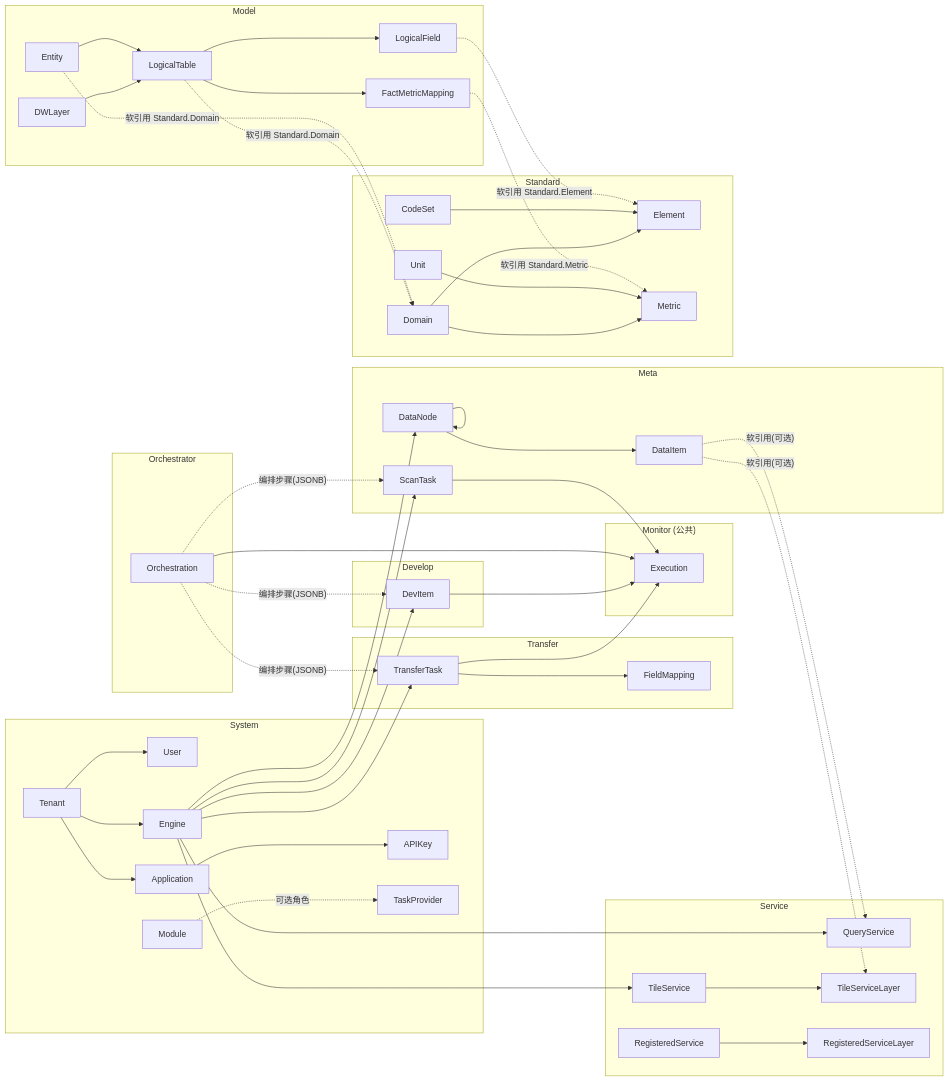
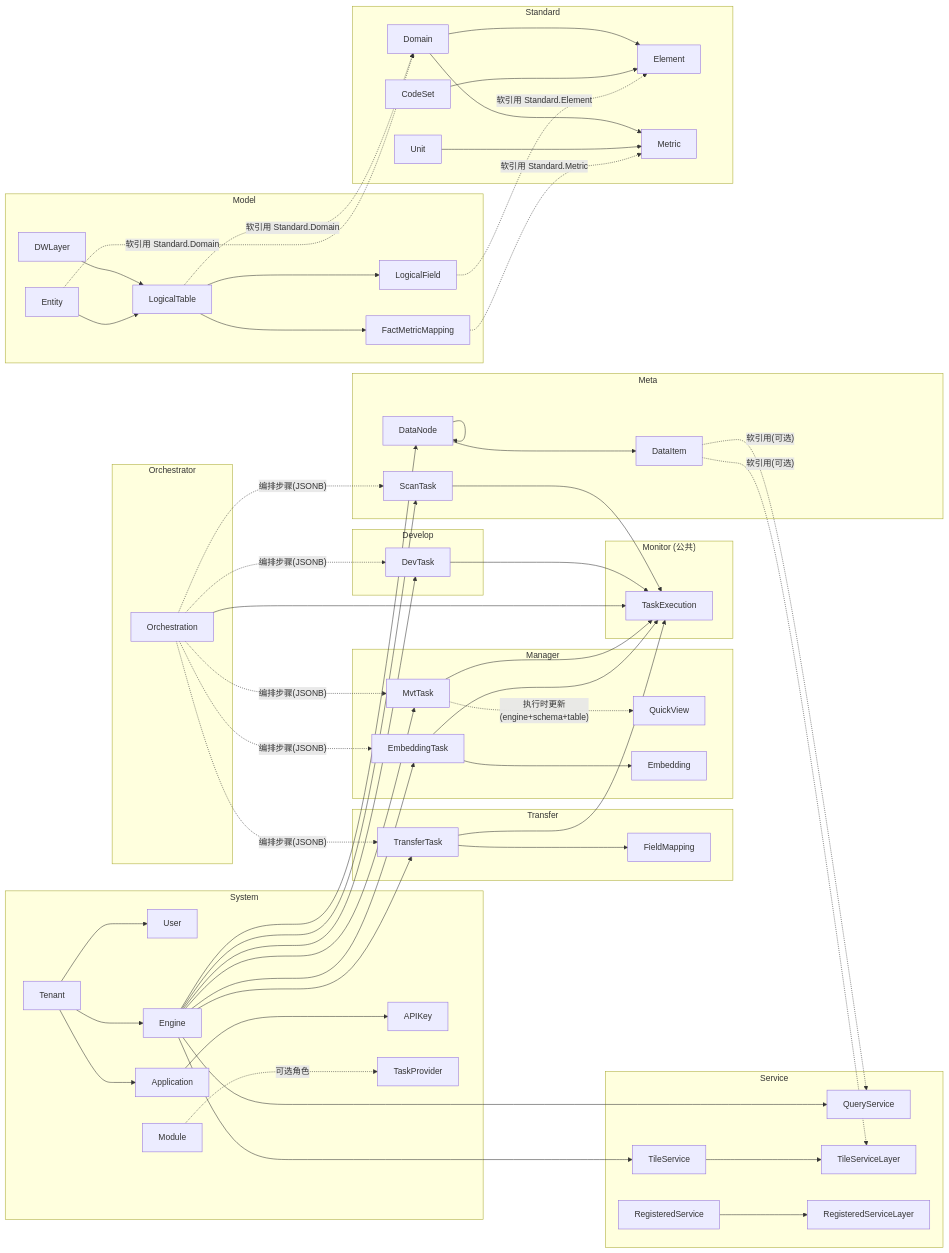
One commit to pampa0629/addp changed the eighth of 9 diagrams in docs/concepts/addp核心对象ER图（元模型）.md. Above: the diagram before and after it, drawn with Mermaid. The commit also changed other lines of this file and 94 other files, not shown here.

```diff
--- a/docs/concepts/addp核心对象ER图（元模型）.md
+++ b/docs/concepts/addp核心对象ER图（元模型）.md
@@ -926,15 +1141,22 @@
     end
 
     subgraph DEV["Develop"]
-        DevItem
+        DevTask
     end
 
     subgraph ORC["Orchestrator"]
         Orchestration
     end
 
+    subgraph MGR["Manager"]
+        MvtTask
+        EmbeddingTask
+        QuickView
+        Embedding
+    end
+
     subgraph MON["Monitor (公共)"]
-        Execution
+        TaskExecution
     end
 
     subgraph SVC["Service"]
@@ -972,9 +1194,11 @@
     Engine --> DataNode
     Engine --> ScanTask
     Engine --> TransferTask
-    Engine --> DevItem
+    Engine --> DevTask
     Engine --> QueryService
     Engine --> TileService
+    Engine --> MvtTask
+    Engine --> EmbeddingTask
 
     %% Meta 内部
     DataNode --> DataItem
@@ -983,16 +1207,24 @@
     %% Transfer 内部
     TransferTask --> FieldMapping
 
+    %% Manager 内部
+    MvtTask -.->|"执行时更新\n(engine+schema+table)"| QuickView
+    EmbeddingTask --> Embedding
+
     %% Orchestration 编排（步骤存 JSONB，软引用）
     Orchestration -.->|"编排步骤(JSONB)"| ScanTask
     Orchestration -.->|"编排步骤(JSONB)"| TransferTask
-    Orchestration -.->|"编排步骤(JSONB)"| DevItem
+    Orchestration -.->|"编排步骤(JSONB)"| DevTask
+    Orchestration -.->|"编排步骤(JSONB)"| MvtTask
+    Orchestration -.->|"编排步骤(JSONB)"| EmbeddingTask
 
     %% 统一执行记录
-    ScanTask --> Execution
-    TransferTask --> Execution
-    DevItem --> Execution
-    Orchestration --> Execution
+    ScanTask --> TaskExecution
+    TransferTask --> TaskExecution
+    DevTask --> TaskExecution
+    Orchestration --> TaskExecution
+    MvtTask --> TaskExecution
+    EmbeddingTask --> TaskExecution
 
     %% Service 图层
     TileService --> TileServiceLayer
```
